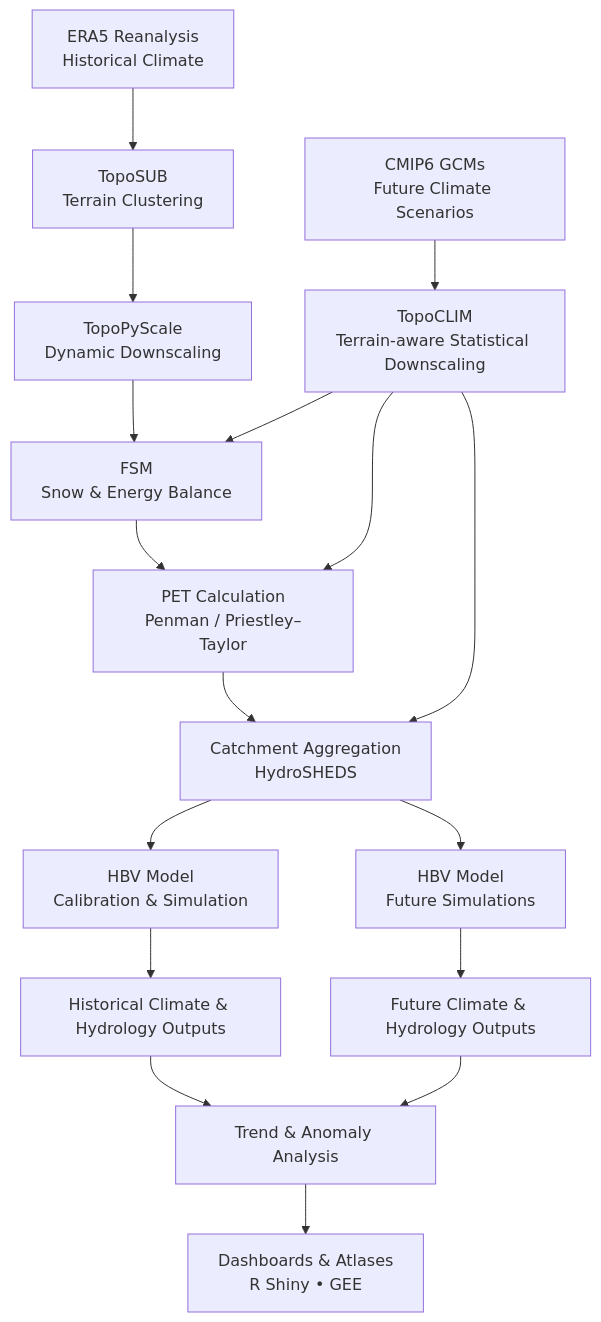
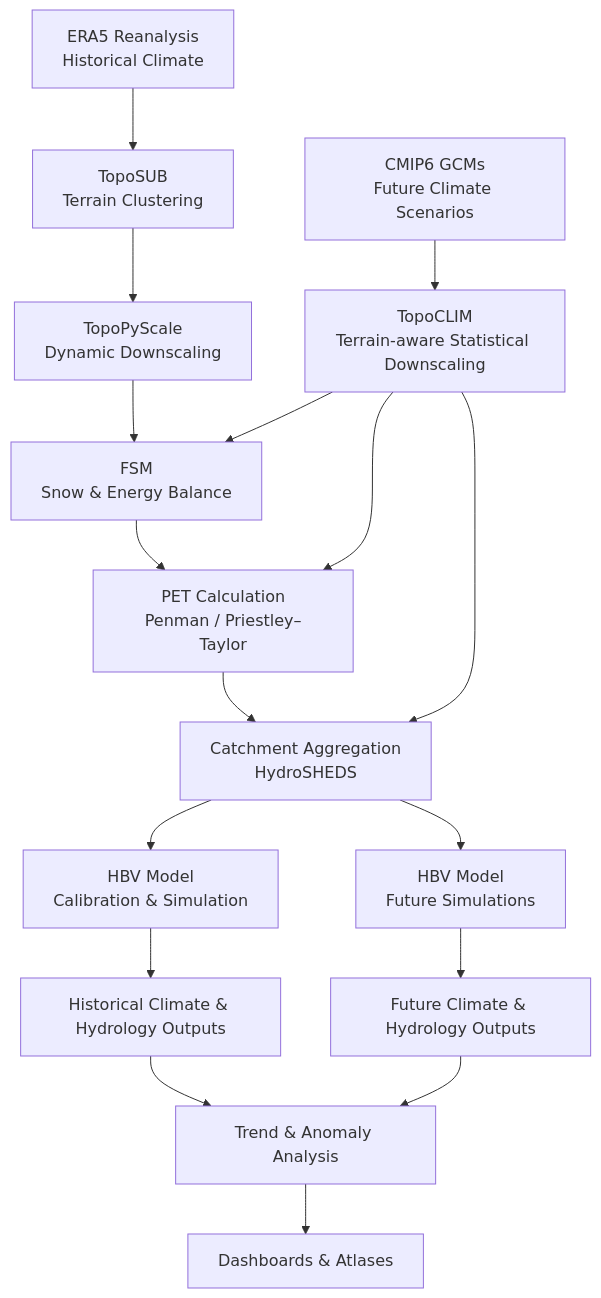
Before and after one commit to joelfiddes/bwrp_posit: the diagram in README.md, drawn with Mermaid. The commit also changed other lines of this file, not shown here.

First line of the commit message:
Fix table of contents links and simplify workflow diagram

````diff
--- a/README.md
+++ b/README.md
@@ -298,23 +298,23 @@
 ```mermaid
 flowchart TD
     A[ERA5 Reanalysis<br/>Historical Climate] --> B[TopoSUB<br/>Terrain Clustering]
     B --> C[TopoPyScale<br/>Dynamic Downscaling]
     C --> D[FSM<br/>Snow & Energy Balance]
     D --> E[PET Calculation<br/>Penman / Priestley–Taylor]
     E --> F[Catchment Aggregation<br/>HydroSHEDS]
     F --> G[HBV Model<br/>Calibration & Simulation]
 
     H[CMIP6 GCMs<br/>Future Climate Scenarios] --> I[TopoCLIM<br/>Terrain-aware Statistical Downscaling]
     I --> D
     I --> E
     I --> F
     F --> J[HBV Model<br/>Future Simulations]
 
     G --> K[Historical Climate & Hydrology Outputs]
     J --> L[Future Climate & Hydrology Outputs]
 
     K --> M[Trend & Anomaly Analysis]
     L --> M
 
-    M --> N[Dashboards & Atlases<br/>R Shiny • GEE]
+    M --> N[Dashboards & Atlases]
 ```
````
